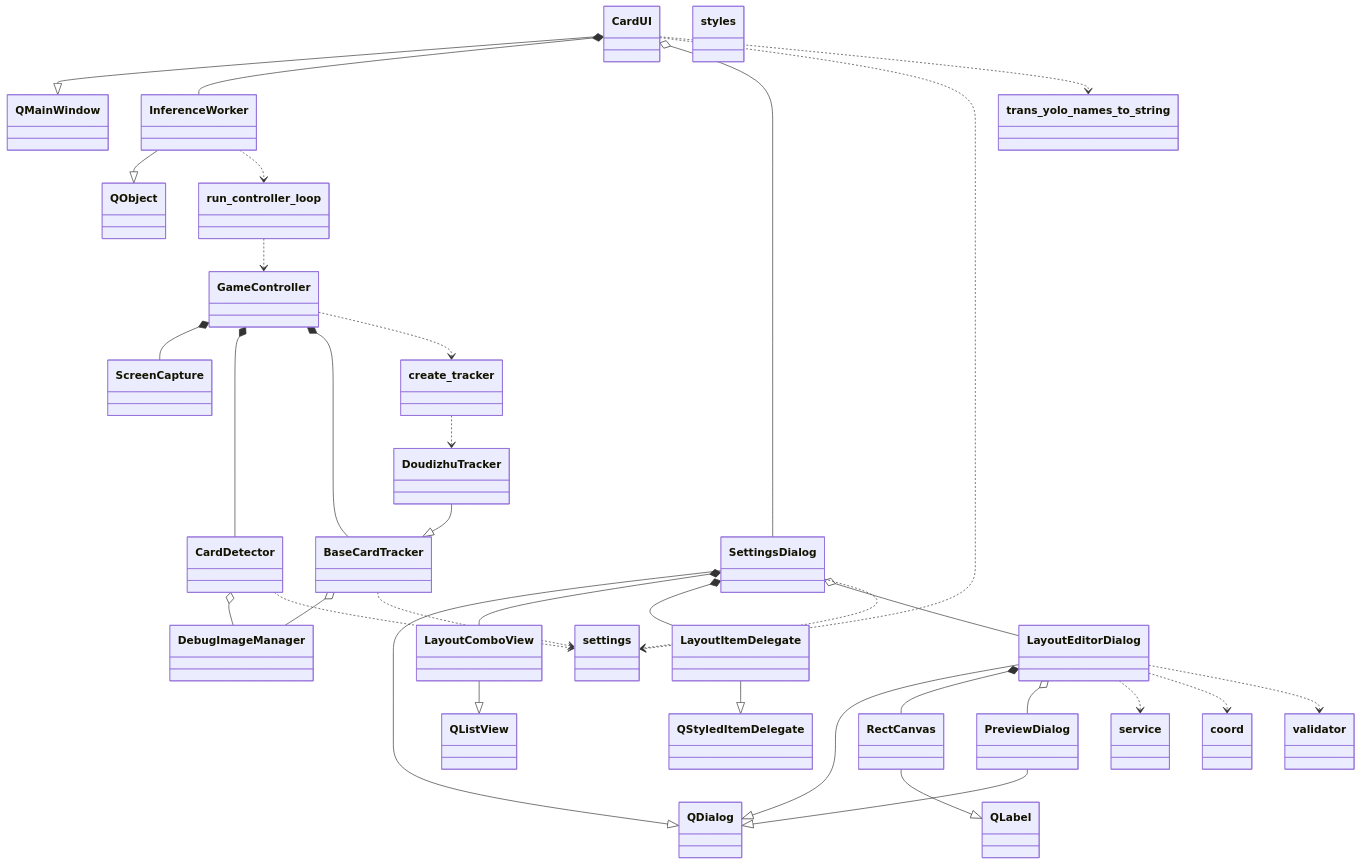
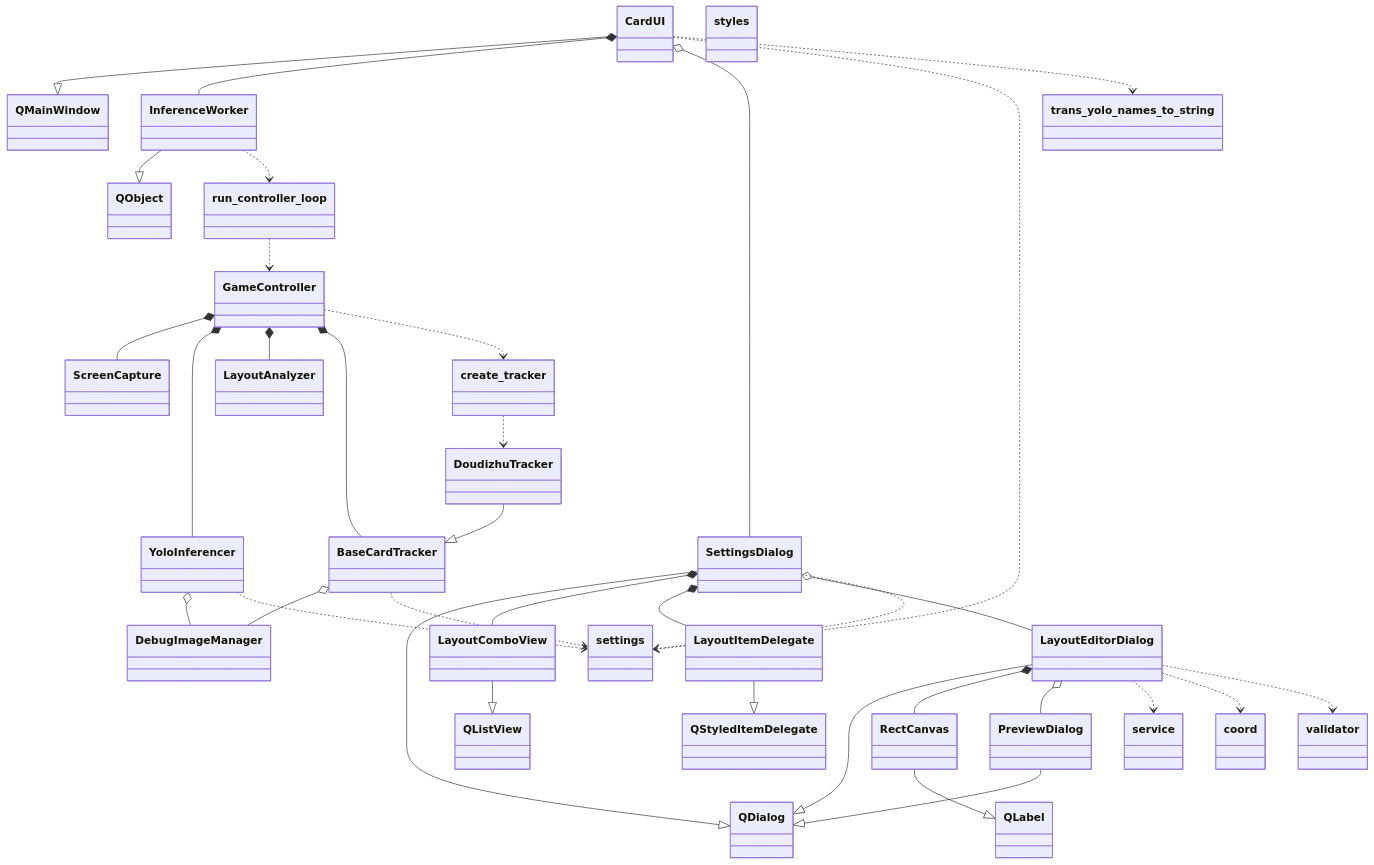
Before and after one commit to luckFan0519/han-card-tracker: the diagram in docs/class-diagram-overview.md, drawn with Mermaid. The commit also changed other lines of this file and 11 other files, not shown here.

````diff
--- a/docs/class-diagram-overview.md
+++ b/docs/class-diagram-overview.md
@@ -5,79 +5,81 @@
 ```mermaid
 classDiagram
     direction TB
 
     %% ========== UI 层 ==========
     class CardUI
     class SettingsDialog
     class LayoutEditorDialog
     class RectCanvas
     class PreviewDialog
     class LayoutItemDelegate
     class LayoutComboView
 
     %% ========== 推理层 ==========
     class InferenceWorker
     class GameController
     class run_controller_loop
 
     %% ========== 核心层 ==========
     class BaseCardTracker
     class DoudizhuTracker
     class create_tracker
-    class CardDetector
+    class YoloInferencer
+    class LayoutAnalyzer
     class ScreenCapture
     class DebugImageManager
 
     %% ========== 配置层 ==========
     class settings
 
     %% ========== 工具层 ==========
     class coord
     class service
     class validator
     class trans_yolo_names_to_string
     class styles
 
     %% ========== 继承 ==========
     CardUI --|> QMainWindow
     SettingsDialog --|> QDialog
     LayoutEditorDialog --|> QDialog
     PreviewDialog --|> QDialog
     RectCanvas --|> QLabel
     InferenceWorker --|> QObject
     LayoutItemDelegate --|> QStyledItemDelegate
     LayoutComboView --|> QListView
 
     %% ========== 组合（创建并持有） ==========
     CardUI *-- InferenceWorker
     LayoutEditorDialog *-- RectCanvas
     SettingsDialog *-- LayoutComboView
     SettingsDialog *-- LayoutItemDelegate
     GameController *-- ScreenCapture
-    GameController *-- CardDetector
+    GameController *-- YoloInferencer
+    GameController *-- LayoutAnalyzer
     GameController *-- BaseCardTracker
 
     %% ========== 聚合（按需创建/共享单例） ==========
     CardUI o-- SettingsDialog
     SettingsDialog o-- LayoutEditorDialog
     LayoutEditorDialog o-- PreviewDialog
     BaseCardTracker o-- DebugImageManager
-    CardDetector o-- DebugImageManager
+    YoloInferencer o-- DebugImageManager
 
     %% ========== 继承 ==========
     DoudizhuTracker --|> BaseCardTracker
 
     %% ========== 依赖 ==========
     CardUI ..> settings
     CardUI ..> trans_yolo_names_to_string
     SettingsDialog ..> settings
     LayoutEditorDialog ..> service
     LayoutEditorDialog ..> coord
     LayoutEditorDialog ..> validator
     InferenceWorker ..> run_controller_loop
     run_controller_loop ..> GameController
     GameController ..> create_tracker
     create_tracker ..> DoudizhuTracker
     BaseCardTracker ..> settings
-    CardDetector ..> settings
+    YoloInferencer ..> settings
 ```
````
